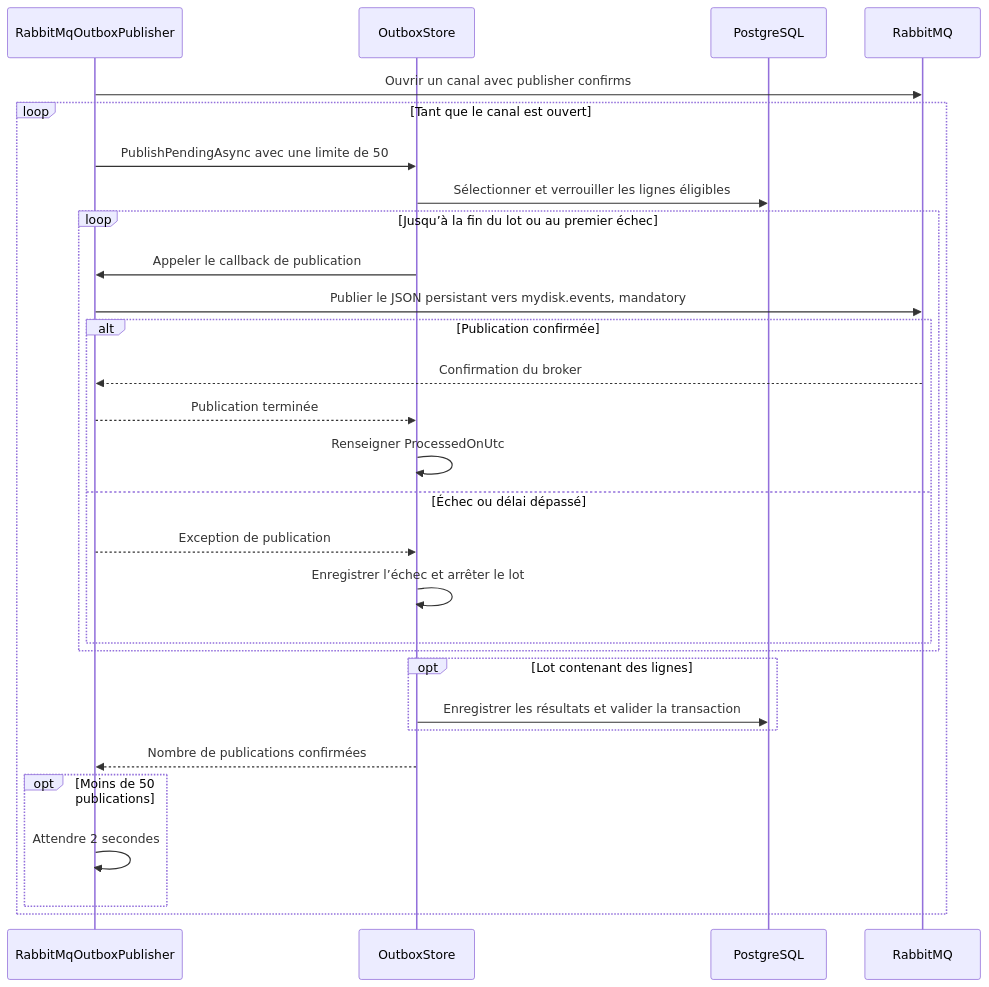
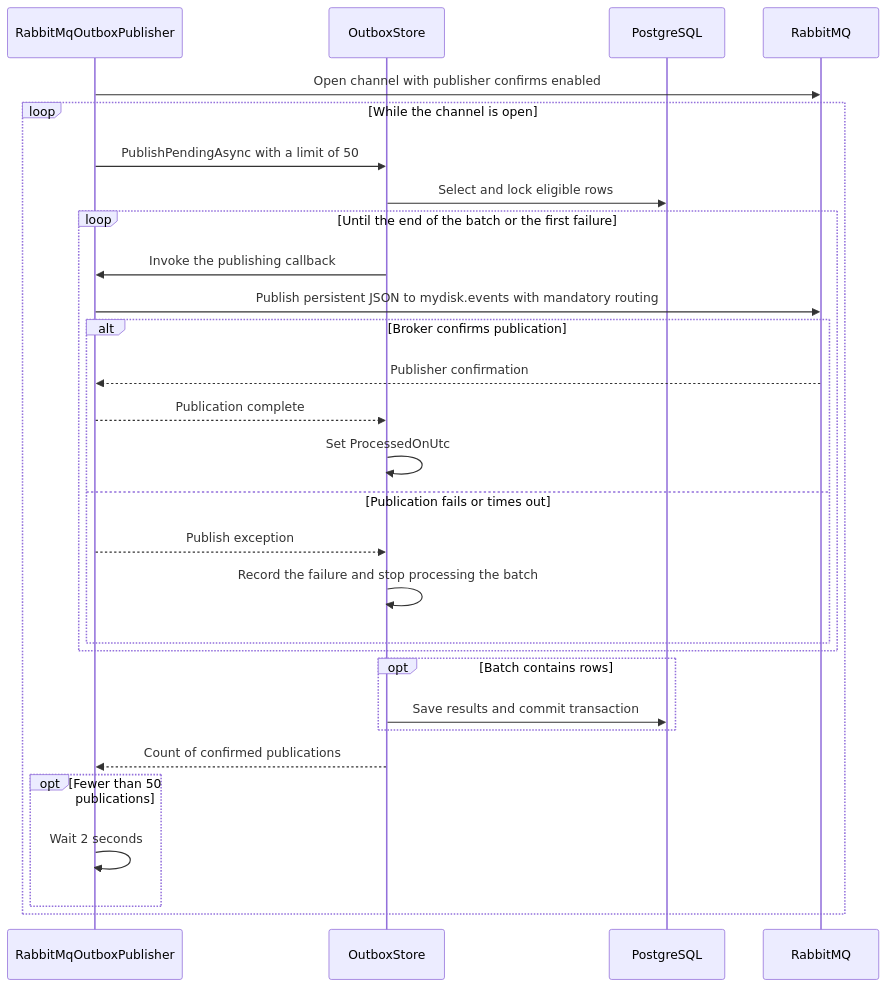
The third of 7 diagrams in docs/WORKER.md (Fabian-Raeskinet/mydisk-api), drawn with Mermaid before and after one commit. The commit also changed other lines of this file and 5 other files, not shown here.

Commit message:
update documentation: rename use cases file and translate architecture content to English

````diff
--- a/docs/WORKER.md
+++ b/docs/WORKER.md
@@ -85,32 +85,32 @@
 ```mermaid
 sequenceDiagram
     participant P as RabbitMqOutboxPublisher
     participant O as OutboxStore
     participant DB as PostgreSQL
     participant MQ as RabbitMQ
 
-    P->>MQ: Ouvrir un canal avec publisher confirms
-    loop Tant que le canal est ouvert
-        P->>O: PublishPendingAsync avec une limite de 50
-        O->>DB: Sélectionner et verrouiller les lignes éligibles
-        loop Jusqu’à la fin du lot ou au premier échec
-            O->>P: Appeler le callback de publication
-            P->>MQ: Publier le JSON persistant vers mydisk.events, mandatory
-            alt Publication confirmée
-                MQ-->>P: Confirmation du broker
-                P-->>O: Publication terminée
-                O->>O: Renseigner ProcessedOnUtc
-            else Échec ou délai dépassé
-                P-->>O: Exception de publication
-                O->>O: Enregistrer l’échec et arrêter le lot
+    P->>MQ: Open channel with publisher confirms enabled
+    loop While the channel is open
+        P->>O: PublishPendingAsync with a limit of 50
+        O->>DB: Select and lock eligible rows
+        loop Until the end of the batch or the first failure
+            O->>P: Invoke the publishing callback
+            P->>MQ: Publish persistent JSON to mydisk.events with mandatory routing
+            alt Broker confirms publication
+                MQ-->>P: Publisher confirmation
+                P-->>O: Publication complete
+                O->>O: Set ProcessedOnUtc
+            else Publication fails or times out
+                P-->>O: Publish exception
+                O->>O: Record the failure and stop processing the batch
             end
         end
-        opt Lot contenant des lignes
-            O->>DB: Enregistrer les résultats et valider la transaction
+        opt Batch contains rows
+            O->>DB: Save results and commit transaction
         end
-        O-->>P: Nombre de publications confirmées
-        opt Moins de 50 publications
-            P->>P: Attendre 2 secondes
+        O-->>P: Count of confirmed publications
+        opt Fewer than 50 publications
+            P->>P: Wait 2 seconds
         end
     end
 ```
````
